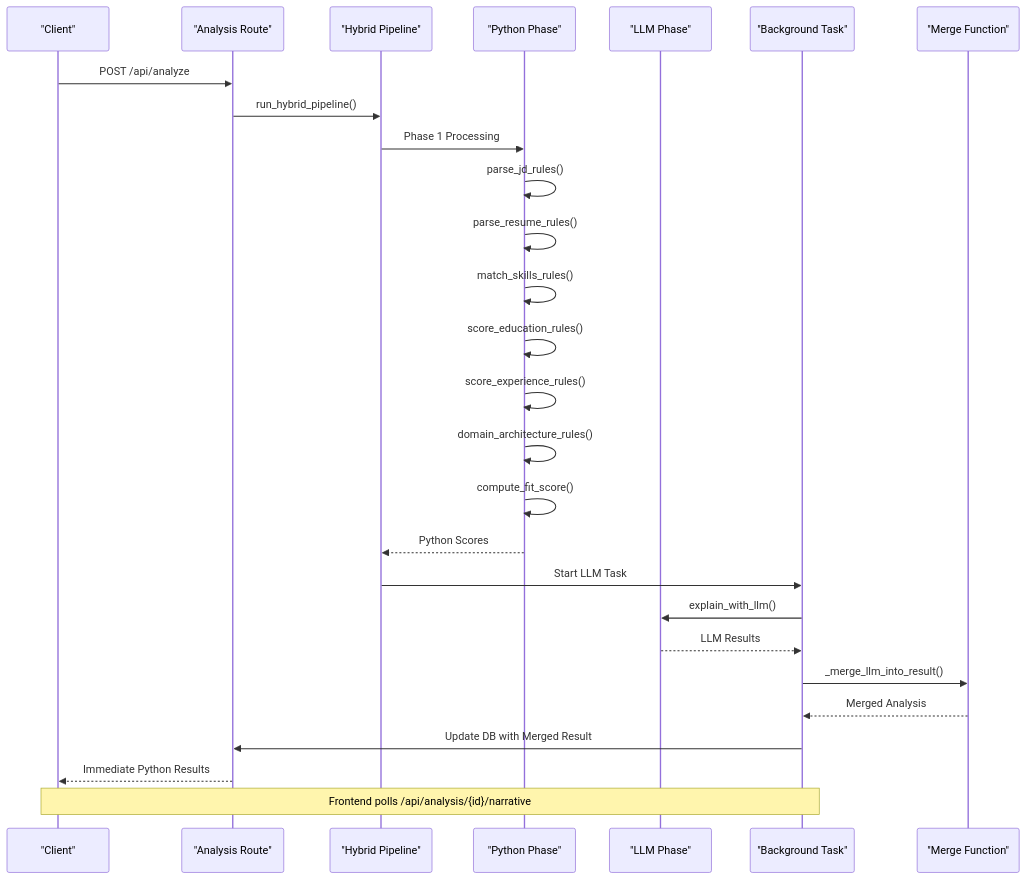
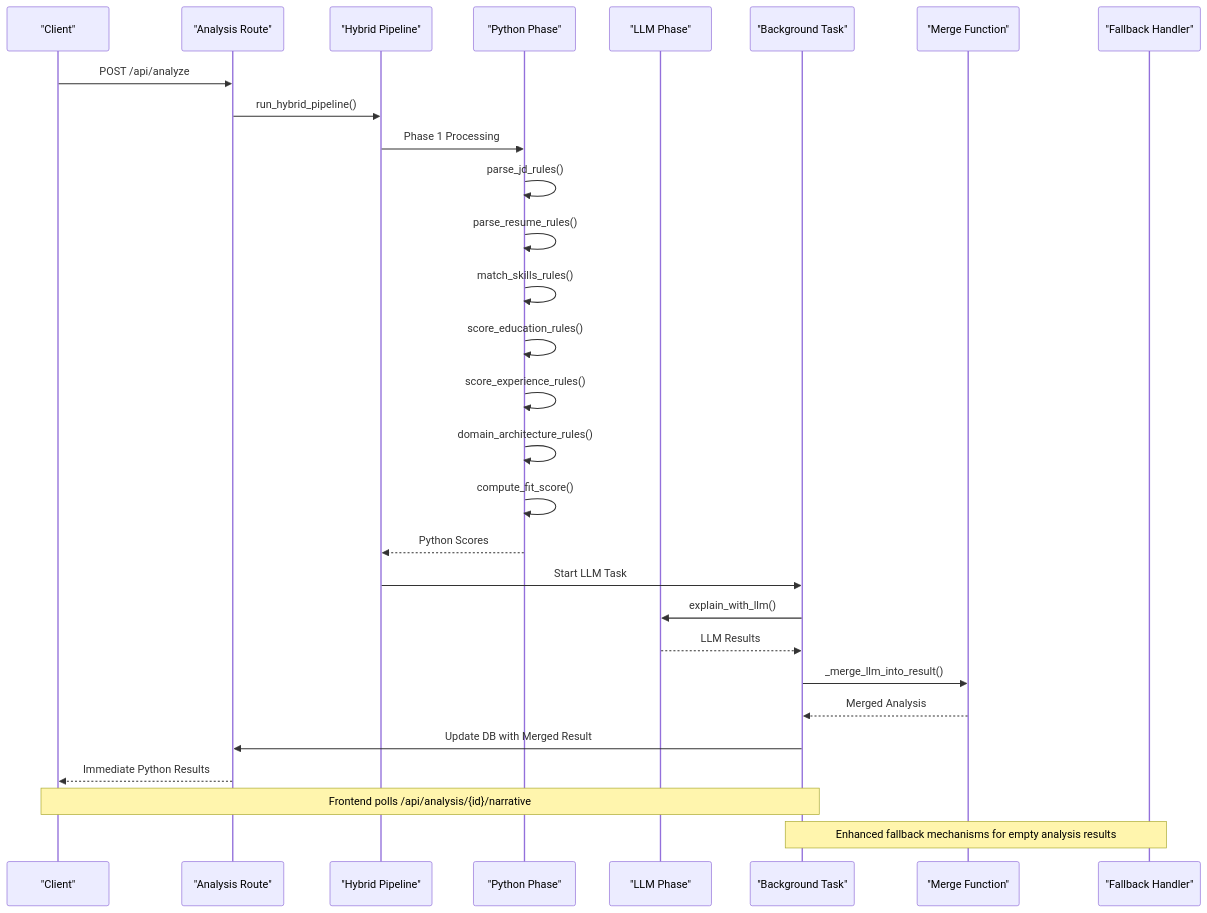
Before and after one commit to Revanththetalogics/aireume: the fifth of 9 diagrams in .qoder/repowiki/en/content/Hybrid Pipeline.md, drawn with Mermaid. The commit also changed other lines of this file and 4 other files, not shown here.

````diff
--- a/.qoder/repowiki/en/content/Hybrid Pipeline.md
+++ b/.qoder/repowiki/en/content/Hybrid Pipeline.md
@@ -213,29 +221,31 @@
 ```mermaid
 sequenceDiagram
 participant Client as "Client"
 participant Route as "Analysis Route"
 participant Hybrid as "Hybrid Pipeline"
 participant Python as "Python Phase"
 participant LLM as "LLM Phase"
 participant Background as "Background Task"
 participant Merge as "Merge Function"
+participant Fallback as "Fallback Handler"
 Client->>Route : POST /api/analyze
 Route->>Hybrid : run_hybrid_pipeline()
 Hybrid->>Python : Phase 1 Processing
 Python->>Python : parse_jd_rules()
 Python->>Python : parse_resume_rules()
 Python->>Python : match_skills_rules()
 Python->>Python : score_education_rules()
 Python->>Python : score_experience_rules()
 Python->>Python : domain_architecture_rules()
 Python->>Python : compute_fit_score()
 Python-->>Hybrid : Python Scores
 Hybrid->>Background : Start LLM Task
 Background->>LLM : explain_with_llm()
 LLM-->>Background : LLM Results
 Background->>Merge : _merge_llm_into_result()
 Merge-->>Background : Merged Analysis
 Background->>Route : Update DB with Merged Result
 Route-->>Client : Immediate Python Results
 Note over Client,Background : Frontend polls /api/analysis/{id}/narrative
+Note over Background,Fallback : Enhanced fallback mechanisms for empty analysis results
 ```
````
